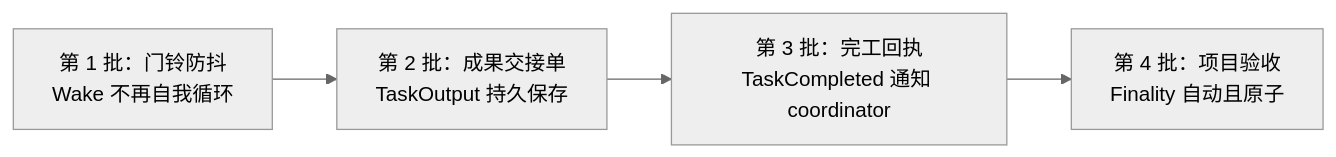
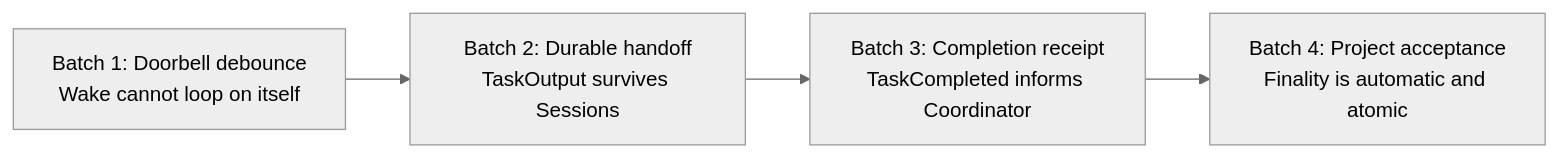
One commit to YORG-AI/ORGII changed the second of 5 diagrams in docs/architecture-audit-2026-07-12/AgentOrgRecovery.md. Above: the diagram before and after it, drawn with Mermaid (neutral theme). The commit also changed other lines of this file and 94 other files, not shown here.

````diff
--- a/docs/architecture-audit-2026-07-12/AgentOrgRecovery.md
+++ b/docs/architecture-audit-2026-07-12/AgentOrgRecovery.md
@@ -58,9 +66,9 @@
 ```mermaid
 flowchart LR
-    A["第 1 批：门铃防抖<br/>Wake 不再自我循环"]
-    B["第 2 批：成果交接单<br/>TaskOutput 持久保存"]
-    C["第 3 批：完工回执<br/>TaskCompleted 通知 coordinator"]
-    D["第 4 批：项目验收<br/>Finality 自动且原子"]
+    A["Batch 1: Doorbell debounce\nWake cannot loop on itself"]
+    B["Batch 2: Durable handoff\nTaskOutput survives Sessions"]
+    C["Batch 3: Completion receipt\nTaskCompleted informs Coordinator"]
+    D["Batch 4: Project acceptance\nFinality is automatic and atomic"]
 
     A --> B --> C --> D
 ```
````
